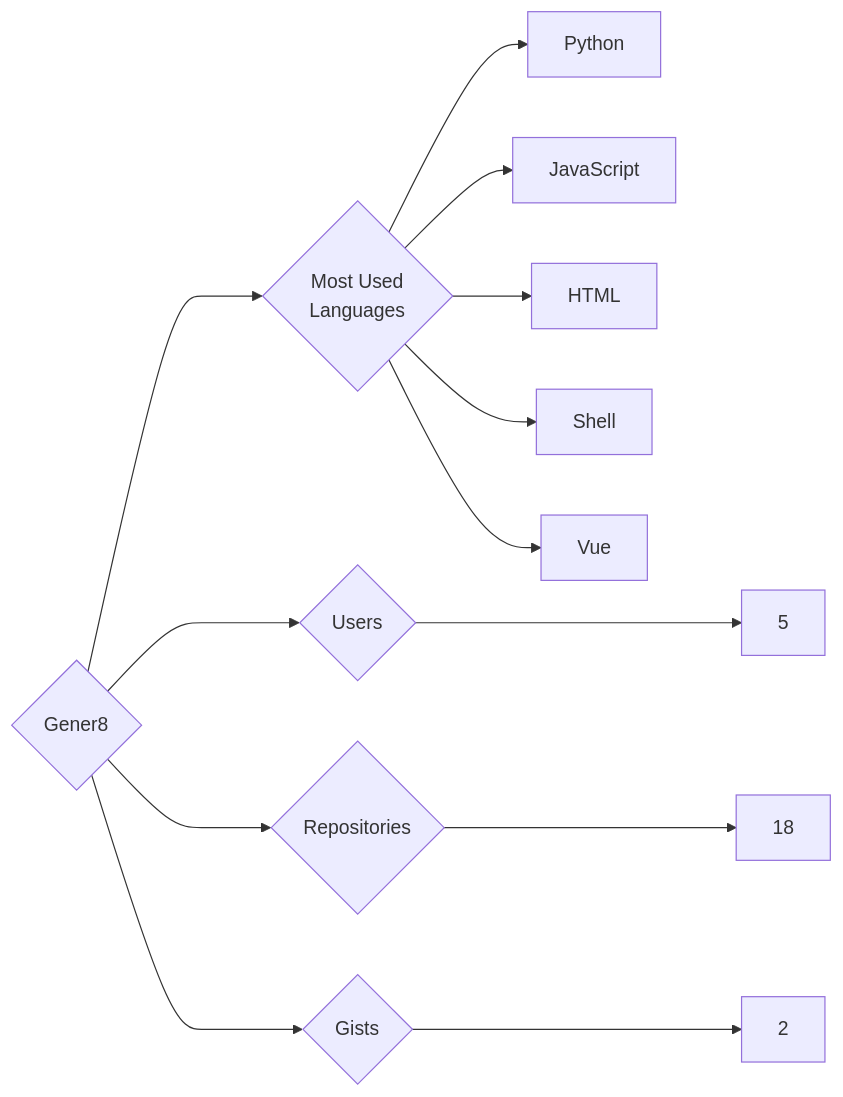
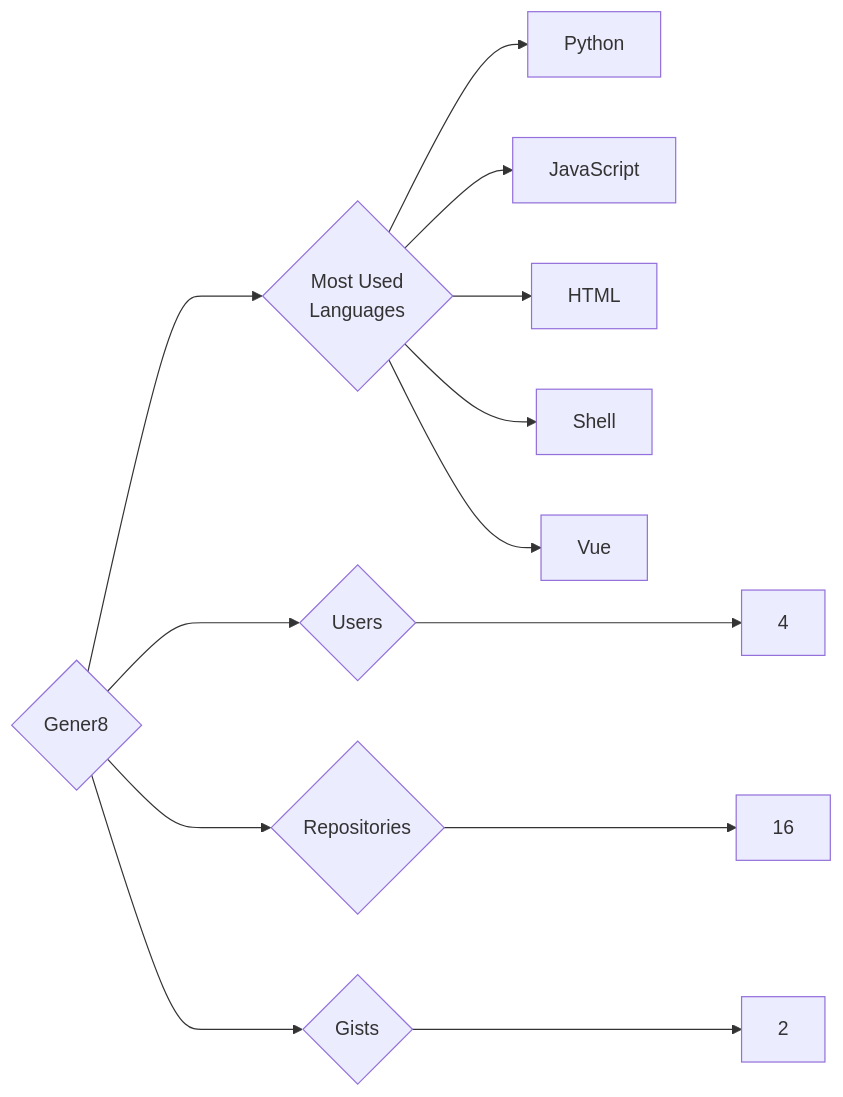
Before and after one commit to trickest/insiders: the diagram in targets/Gener8/README.md, drawn with Mermaid. The commit also changed 1030 other files, not shown here.

````diff
--- a/targets/Gener8/README.md
+++ b/targets/Gener8/README.md
@@ -3,13 +3,13 @@
 ```mermaid
 graph LR
 COMPANY_NAME{Gener8}
-COMPANY_NAME ---> U{Users} ---> UN[5]
-COMPANY_NAME ---> R{Repositories} ---> RN[18]
+COMPANY_NAME ---> U{Users} ---> UN[4]
+COMPANY_NAME ---> R{Repositories} ---> RN[16]
 COMPANY_NAME ---> G{Gists} ---> GN[2]
 COMPANY_NAME ---> ML{Most Used<br>Languages}
 ML --> Python[Python]
 ML --> JavaScript[JavaScript]
 ML --> HTML[HTML]
 ML --> Shell[Shell]
 ML --> Vue[Vue]
 ```
````
